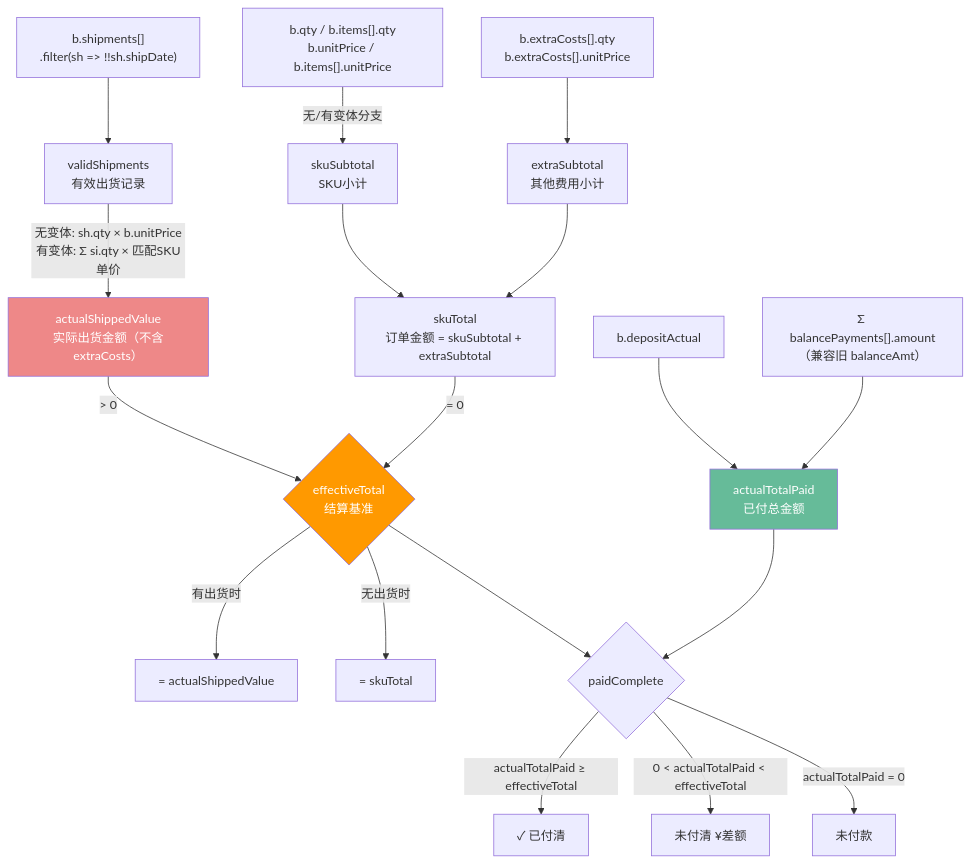
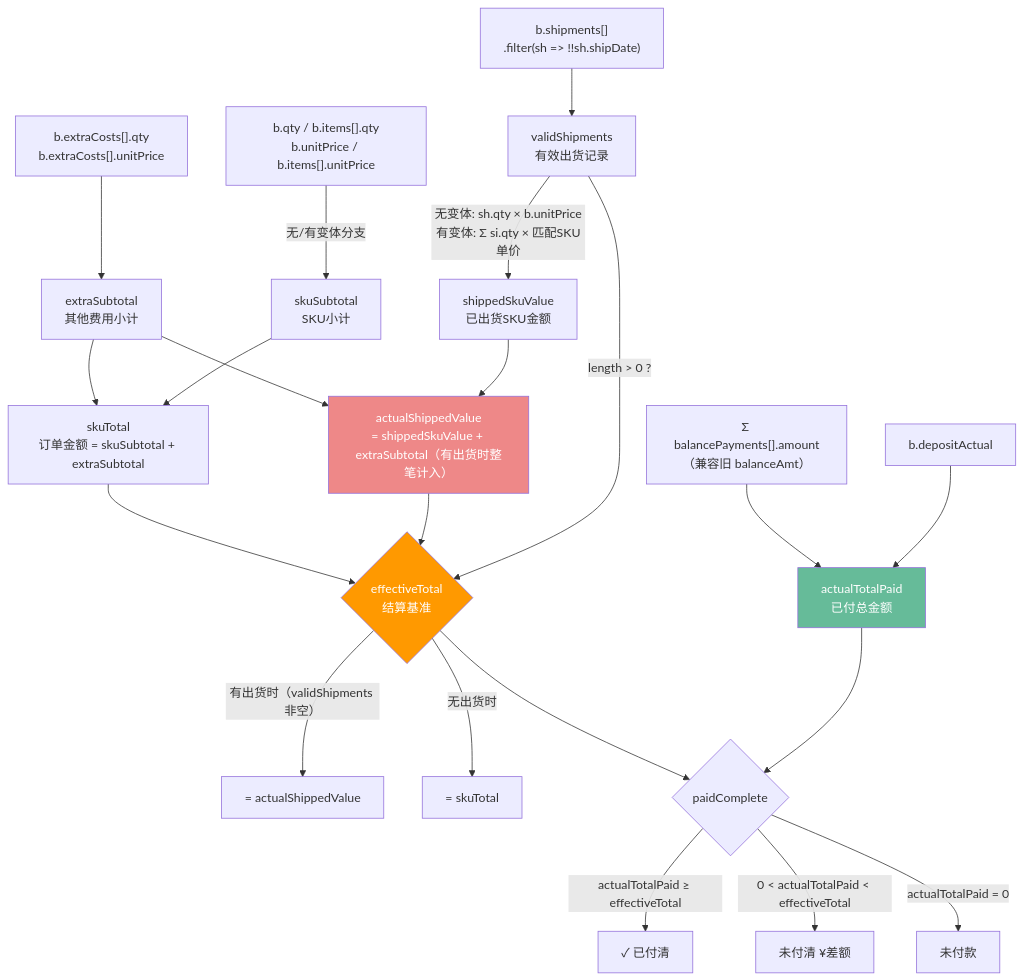
Before and after one commit to 1015297461/fba-tracker-: the first of 4 diagrams in docs/modules/production.md, drawn with Mermaid. The commit also changed other lines of this file and 2 other files, not shown here.

````diff
--- a/docs/modules/production.md
+++ b/docs/modules/production.md
@@ -90,28 +90,31 @@
 ```mermaid
 graph TD
     A["b.qty / b.items[].qty<br/>b.unitPrice / b.items[].unitPrice"] -->|"无/有变体分支"| B["skuSubtotal<br/>SKU小计"]
     C["b.extraCosts[].qty<br/>b.extraCosts[].unitPrice"] --> D["extraSubtotal<br/>其他费用小计"]
     B --> E["skuTotal<br/>订单金额 = skuSubtotal + extraSubtotal"]
     D --> E
 
     F["b.shipments[]<br/>.filter(sh => !!sh.shipDate)"] --> G["validShipments<br/>有效出货记录"]
-    G -->|"无变体: sh.qty × b.unitPrice<br/>有变体: Σ si.qty × 匹配SKU单价"| H["actualShippedValue<br/>实际出货金额（不含extraCosts）"]
+    G -->|"无变体: sh.qty × b.unitPrice<br/>有变体: Σ si.qty × 匹配SKU单价"| H2["shippedSkuValue<br/>已出货SKU金额"]
+    H2 --> H["actualShippedValue<br/>= shippedSkuValue + extraSubtotal（有出货时整笔计入）"]
+    D --> H
 
-    H -->|"> 0"| I{"effectiveTotal<br/>结算基准"}
-    E -->|"= 0"| I
-    I -->|"有出货时"| J["= actualShippedValue"]
+    G -->|"length > 0 ?"| I{"effectiveTotal<br/>结算基准"}
+    H --> I
+    E --> I
+    I -->|"有出货时（validShipments 非空）"| J["= actualShippedValue"]
     I -->|"无出货时"| K["= skuTotal"]
 
     L["b.depositActual"] --> N["actualTotalPaid<br/>已付总金额"]
     M["Σ balancePayments[].amount<br/>（兼容旧 balanceAmt）"] --> N
 
     N --> O{"paidComplete"}
     I --> O
     O -->|"actualTotalPaid ≥ effectiveTotal"| P["✓ 已付清"]
     O -->|"0 < actualTotalPaid < effectiveTotal"| Q["未付清 ¥差额"]
     O -->|"actualTotalPaid = 0"| R["未付款"]
 
     style I fill:#f90,color:#fff
     style H fill:#e88,color:#fff
     style N fill:#6b9,color:#fff
 ```
````
